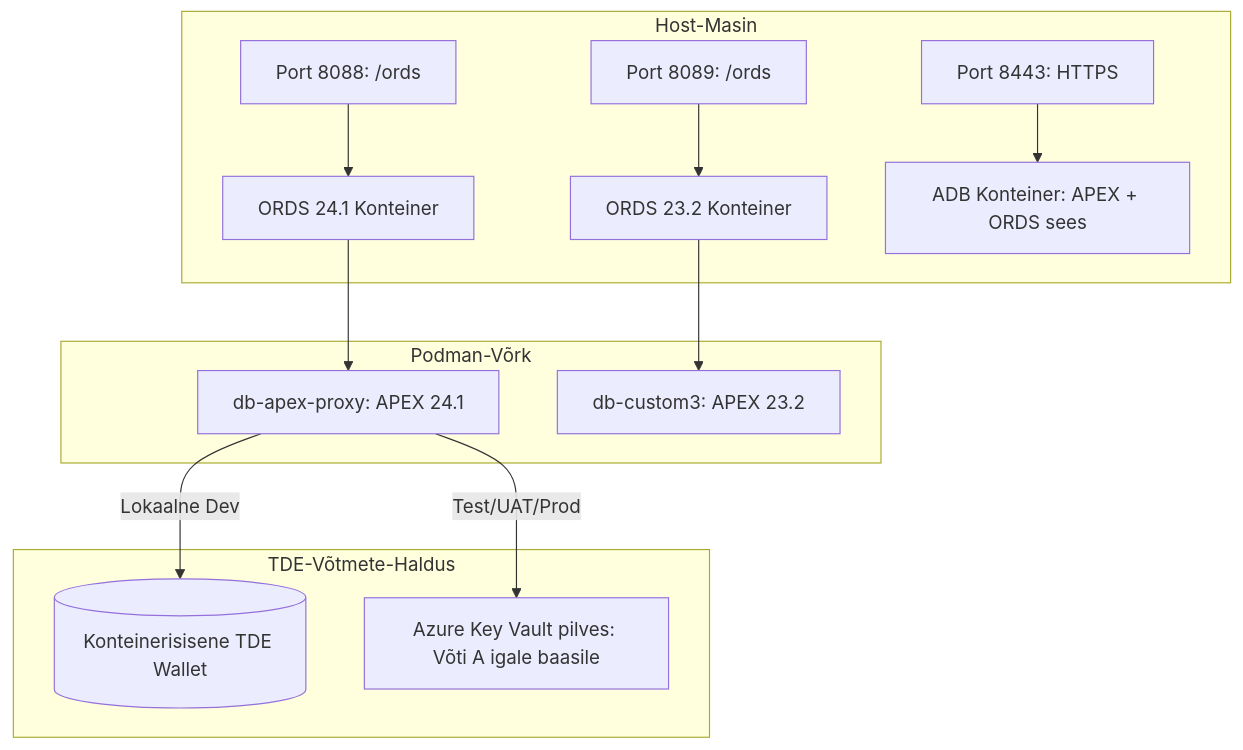
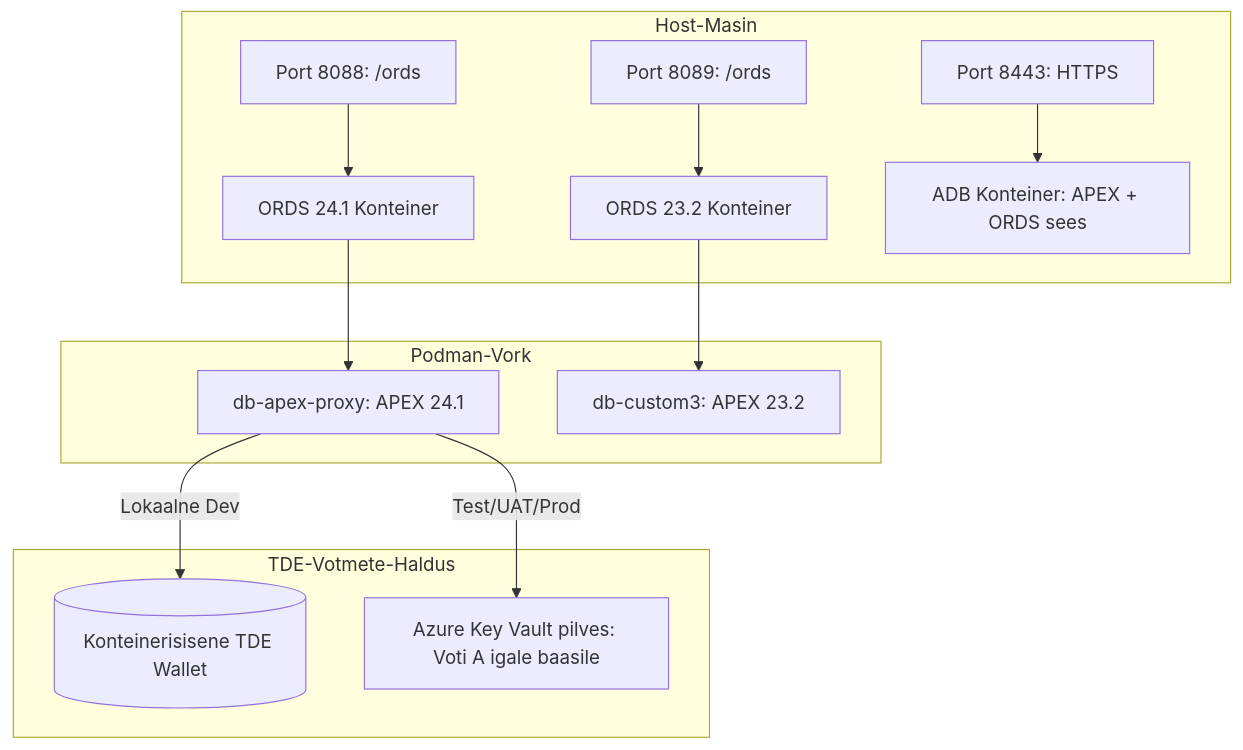
The second of 2 diagrams in README.md (alahe/oracle-devops-platform), drawn with Mermaid before and after one commit. The commit also changed other lines of this file and 311 other files, not shown here.

````diff
--- a/README.md
+++ b/README.md
@@ -51,18 +115,18 @@
 ```mermaid
 graph TD
-    subgraph Host-Masin
+    subgraph HOST_MASIN ["Host-Masin"]
         HostPort8088[Port 8088: /ords] --> ORDS_Dev[ORDS 24.1 Konteiner]
         HostPort8089[Port 8089: /ords] --> ORDS_Custom3[ORDS 23.2 Konteiner]
         HostPort8443[Port 8443: HTTPS] --> ADB_Proxy[ADB Konteiner: APEX + ORDS sees]
     end
 
-    subgraph Podman-Võrk
+    subgraph PODMAN_VORK ["Podman-Vork"]
         ORDS_Dev --> DB_Proxy[db-apex-proxy: APEX 24.1]
         ORDS_Custom3 --> DB_Custom3[db-custom3: APEX 23.2]
     end
 
-    subgraph TDE-Võtmete-Haldus
+    subgraph TDE_VOTMED ["TDE-Votmete-Haldus"]
         DB_Proxy -- Lokaalne Dev --> LocalWallet[(Konteinerisisene TDE Wallet)]
-        DB_Proxy -- Test/UAT/Prod --> AzureKV[Azure Key Vault pilves: Võti A igale baasile]
+        DB_Proxy -- Test/UAT/Prod --> AzureKV[Azure Key Vault pilves: Voti A igale baasile]
     end
 ```
````
